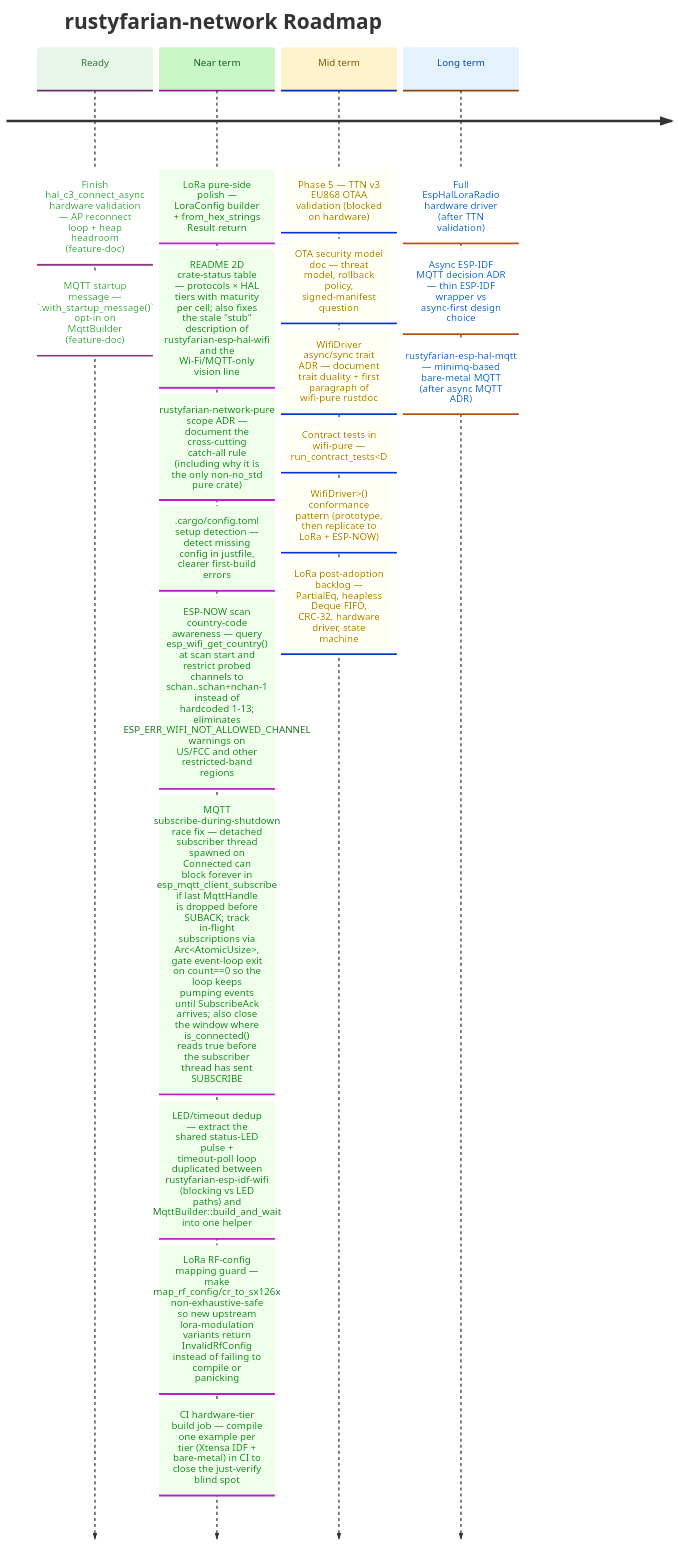
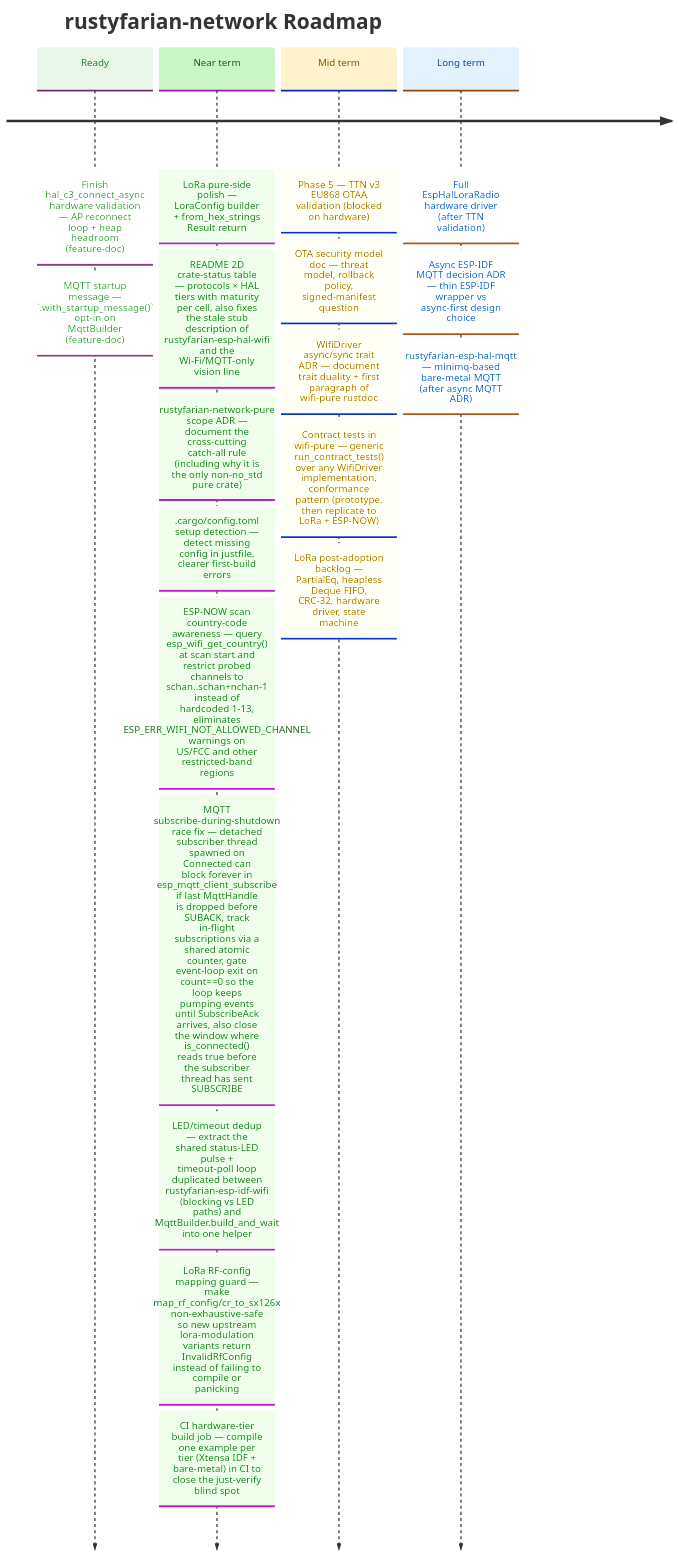
Before and after one commit to datenkollektiv/rustyfarian-network: the diagram in docs/ROADMAP.md, drawn with Mermaid. The commit also changed 4 other files, not shown here.

Commit message:
Add Mermaid diagram linter script

````diff
--- a/docs/ROADMAP.md
+++ b/docs/ROADMAP.md
@@ -12,41 +12,41 @@
 ```mermaid
 %%{init: {
   "theme": "base",
   "themeVariables": {
     "cScale0": "#e8f5e9",
     "cScaleLabel0": "#2e7d32",
     "cScale1": "#c8f7c5",
     "cScaleLabel1": "#1b5e20",
     "cScale2": "#fff3cd",
     "cScaleLabel2": "#7a5a00",
     "cScale3": "#e3f2fd",
     "cScaleLabel3": "#0d47a1"
   }
 }}%%
 
 timeline
     title rustyfarian-network Roadmap
 
     Ready     : Finish hal_c3_connect_async hardware validation — AP reconnect loop + heap headroom (feature-doc)
               : MQTT startup message — `.with_startup_message()` opt-in on MqttBuilder (feature-doc)
 
     Near term : LoRa pure-side polish — LoraConfig builder + from_hex_strings Result return
-              : README 2D crate-status table — protocols × HAL tiers with maturity per cell; also fixes the stale "stub" description of rustyfarian-esp-hal-wifi and the Wi-Fi/MQTT-only vision line
+              : README 2D crate-status table — protocols × HAL tiers with maturity per cell, also fixes the stale stub description of rustyfarian-esp-hal-wifi and the Wi-Fi/MQTT-only vision line
               : rustyfarian-network-pure scope ADR — document the cross-cutting catch-all rule (including why it is the only non-no_std pure crate)
               : .cargo/config.toml setup detection — detect missing config in justfile, clearer first-build errors
-              : ESP-NOW scan country-code awareness — query esp_wifi_get_country() at scan start and restrict probed channels to schan..schan+nchan-1 instead of hardcoded 1-13; eliminates ESP_ERR_WIFI_NOT_ALLOWED_CHANNEL warnings on US/FCC and other restricted-band regions
-              : MQTT subscribe-during-shutdown race fix — detached subscriber thread spawned on Connected can block forever in esp_mqtt_client_subscribe if last MqttHandle is dropped before SUBACK; track in-flight subscriptions via Arc<AtomicUsize>, gate event-loop exit on count==0 so the loop keeps pumping events until SubscribeAck arrives; also close the window where is_connected() reads true before the subscriber thread has sent SUBSCRIBE
-              : LED/timeout dedup — extract the shared status-LED pulse + timeout-poll loop duplicated between rustyfarian-esp-idf-wifi (blocking vs LED paths) and MqttBuilder::build_and_wait into one helper
+              : ESP-NOW scan country-code awareness — query esp_wifi_get_country() at scan start and restrict probed channels to schan..schan+nchan-1 instead of hardcoded 1-13, eliminates ESP_ERR_WIFI_NOT_ALLOWED_CHANNEL warnings on US/FCC and other restricted-band regions
+              : MQTT subscribe-during-shutdown race fix — detached subscriber thread spawned on Connected can block forever in esp_mqtt_client_subscribe if last MqttHandle is dropped before SUBACK, track in-flight subscriptions via a shared atomic counter, gate event-loop exit on count==0 so the loop keeps pumping events until SubscribeAck arrives, also close the window where is_connected() reads true before the subscriber thread has sent SUBSCRIBE
+              : LED/timeout dedup — extract the shared status-LED pulse + timeout-poll loop duplicated between rustyfarian-esp-idf-wifi (blocking vs LED paths) and MqttBuilder.build_and_wait into one helper
               : LoRa RF-config mapping guard — make map_rf_config/cr_to_sx126x non-exhaustive-safe so new upstream lora-modulation variants return InvalidRfConfig instead of failing to compile or panicking
               : CI hardware-tier build job — compile one example per tier (Xtensa IDF + bare-metal) in CI to close the just-verify blind spot
 
     Mid term  : Phase 5 — TTN v3 EU868 OTAA validation (blocked on hardware)
               : OTA security model doc — threat model, rollback policy, signed-manifest question
               : WifiDriver async/sync trait ADR — document trait duality + first paragraph of wifi-pure rustdoc
-              : Contract tests in wifi-pure — run_contract_tests<D: WifiDriver>() conformance pattern (prototype, then replicate to LoRa + ESP-NOW)
+              : Contract tests in wifi-pure — generic run_contract_tests() over any WifiDriver implementation, conformance pattern (prototype, then replicate to LoRa + ESP-NOW)
               : LoRa post-adoption backlog — PartialEq, heapless Deque FIFO, CRC-32, hardware driver, state machine
 
     Long term : Full EspHalLoraRadio hardware driver (after TTN validation)
               : Async ESP-IDF MQTT decision ADR — thin ESP-IDF wrapper vs async-first design choice
               : rustyfarian-esp-hal-mqtt — minimq-based bare-metal MQTT (after async MQTT ADR)
 ```
````
